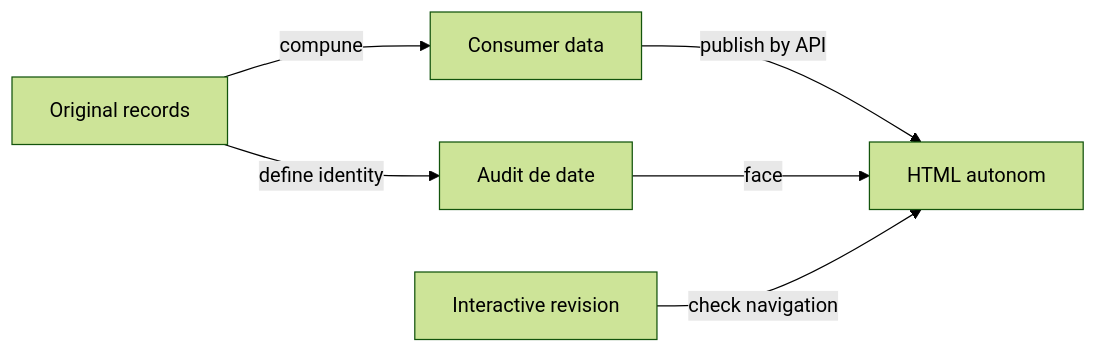
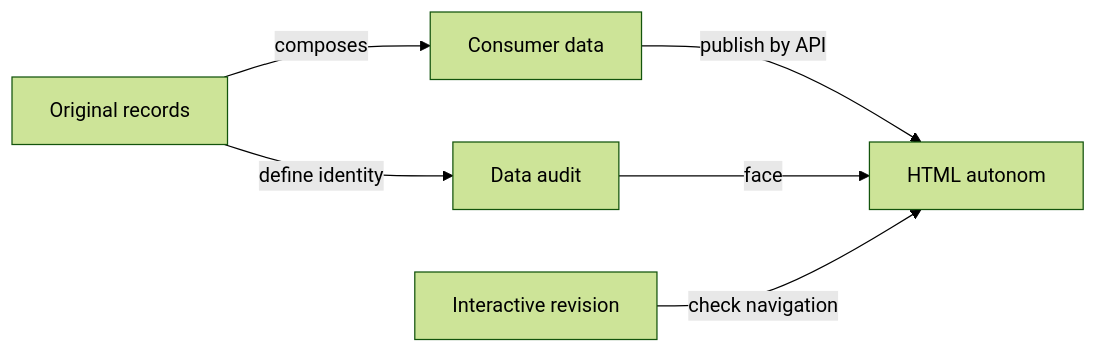
The first of 2 diagrams in docs/reporting/ATF_Audit.md (crististefanita/atf_j4), drawn with Mermaid (forest theme) before and after one commit. The commit also changed other lines of this file and 84 other files, not shown here.

````diff
--- a/docs/reporting/ATF_Audit.md
+++ b/docs/reporting/ATF_Audit.md
@@ -9,8 +9,8 @@
 ```mermaid
 flowchart LR
-    RECEIPT[Original records] -->|compune| INPUT[Consumer data]
+    RECEIPT[Original records] -->|composes| INPUT[Consumer data]
     INPUT -->|publish by API| HTML[HTML autonom]
-    RECEIPT -->|define identity| DATA[Audit de date]
+    RECEIPT -->|define identity| DATA[Data audit]
     DATA -->|face| HTML
     BROWSER[Interactive revision] -->|check navigation| HTML
 ```
````
